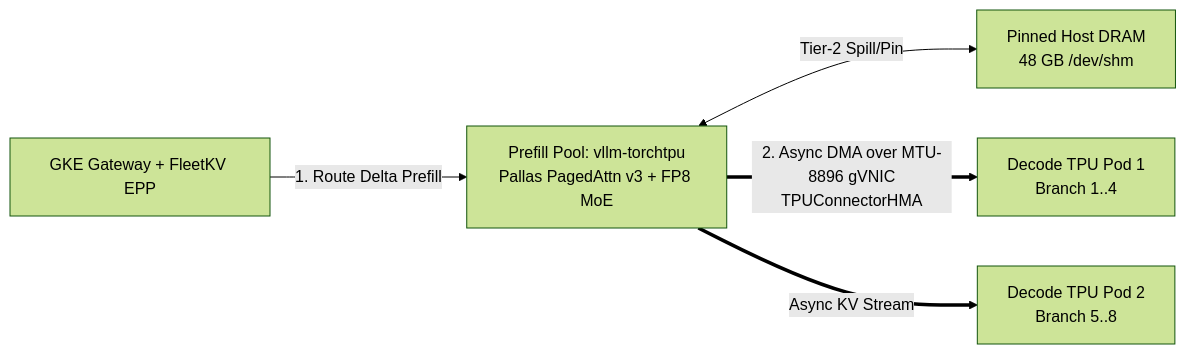
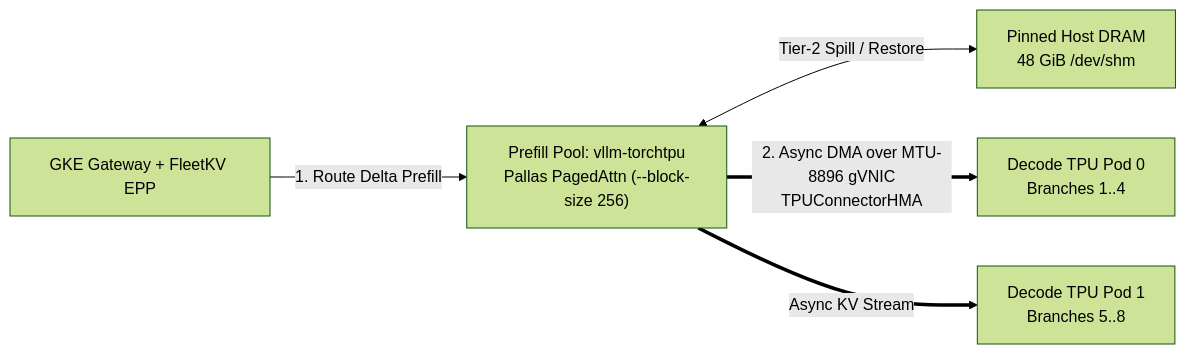
Before and after one commit to rabimba/GDE-ML-Artifacts: the second of 2 diagrams in KubeCon26/slides/slides.md, drawn with Mermaid (forest theme). The commit also changed other lines of this file and 208 other files, not shown here.

````diff
--- a/KubeCon26/slides/slides.md
+++ b/KubeCon26/slides/slides.md
@@ -189,7 +189,7 @@
 ```mermaid
 graph LR
-  GW["GKE Gateway + FleetKV EPP"] -->|1. Route Delta Prefill| P["Prefill Pool: vllm-torchtpu<br/>Pallas PagedAttn v3 + FP8 MoE"]
-  P <-->|Tier-2 Spill/Pin| DRAM["Pinned Host DRAM<br/>48 GB /dev/shm"]
-  P ==>|2. Async DMA over MTU-8896 gVNIC<br/>TPUConnectorHMA| D1["Decode TPU Pod 1<br/>Branch 1..4"]
-  P ==>|Async KV Stream| D2["Decode TPU Pod 2<br/>Branch 5..8"]
+  GW["GKE Gateway + FleetKV EPP"] -->|1. Route Delta Prefill| P["Prefill Pool: vllm-torchtpu<br/>Pallas PagedAttn (--block-size 256)"]
+  P <-->|Tier-2 Spill / Restore| DRAM["Pinned Host DRAM<br/>48 GiB /dev/shm"]
+  P ==>|2. Async DMA over MTU-8896 gVNIC<br/>TPUConnectorHMA| D1["Decode TPU Pod 0<br/>Branches 1..4"]
+  P ==>|Async KV Stream| D2["Decode TPU Pod 1<br/>Branches 5..8"]
 ```
````
